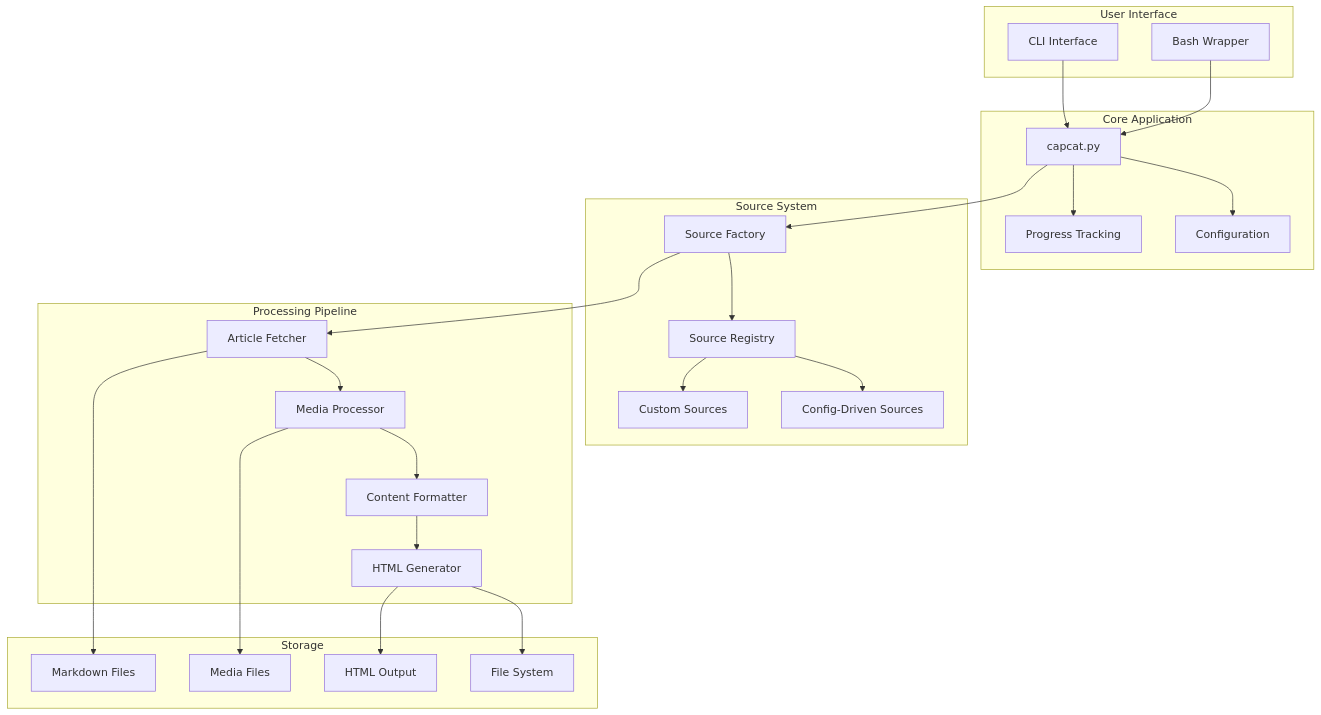
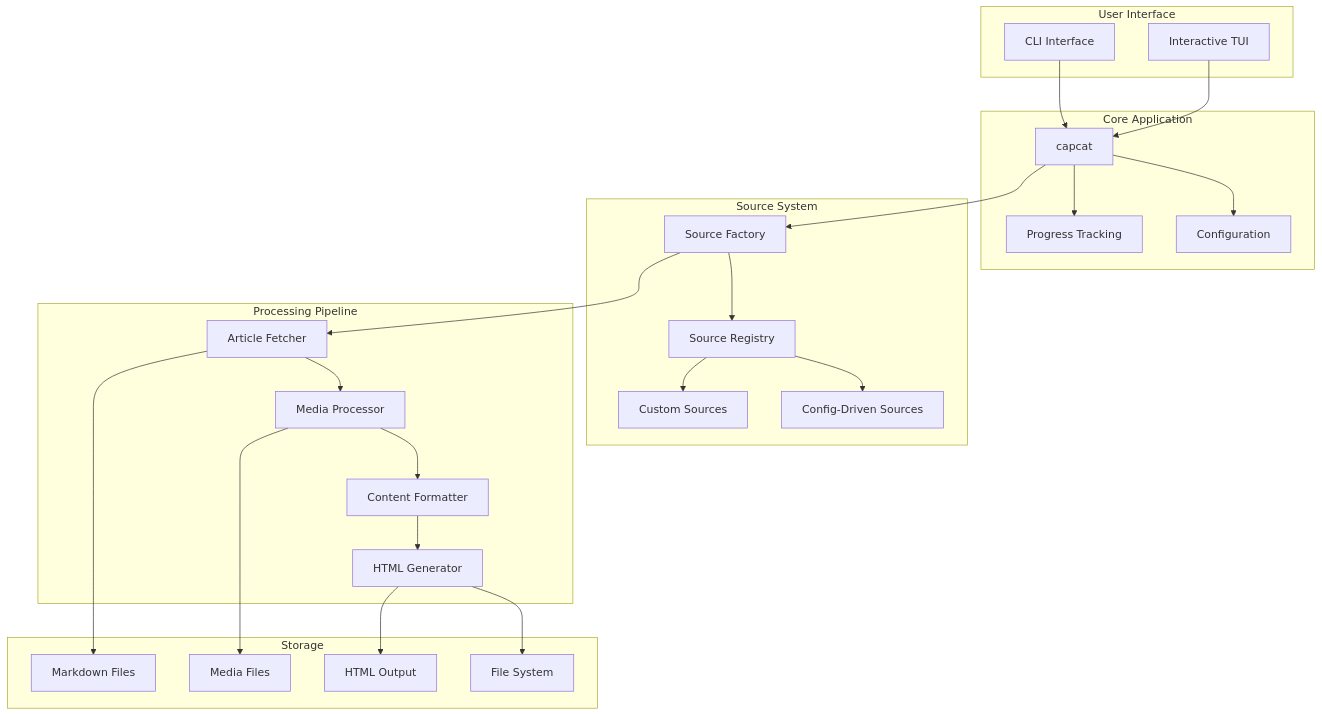
Before and after one commit to stayukasabov/capcat: the diagram in docs/architecture/system.md, drawn with Mermaid. The commit also changed other lines of this file and 4 other files, not shown here.

````diff
--- a/docs/architecture/system.md
+++ b/docs/architecture/system.md
@@ -14,51 +14,51 @@
 ```mermaid
 graph TB
     subgraph "User Interface"
         CLI[CLI Interface]
-        Wrapper[Bash Wrapper]
+        TUI[Interactive TUI]
     end
 
     subgraph "Core Application"
-        Main[capcat.py]
+        Main[capcat]
         Config[Configuration]
         Progress[Progress Tracking]
     end
 
     subgraph "Source System"
         Factory[Source Factory]
         Registry[Source Registry]
         ConfigDriven[Config-Driven Sources]
         Custom[Custom Sources]
     end
 
     subgraph "Processing Pipeline"
         Fetcher[Article Fetcher]
         MediaProc[Media Processor]
         Formatter[Content Formatter]
         HTMLGen[HTML Generator]
     end
 
     subgraph "Storage"
         FileSystem[File System]
         Markdown[Markdown Files]
         Media[Media Files]
         HTML[HTML Output]
     end
 
     CLI --> Main
-    Wrapper --> Main
+    TUI --> Main
     Main --> Config
     Main --> Progress
     Main --> Factory
     Factory --> Registry
     Registry --> ConfigDriven
     Registry --> Custom
     Factory --> Fetcher
     Fetcher --> MediaProc
     MediaProc --> Formatter
     Formatter --> HTMLGen
     HTMLGen --> FileSystem
     Fetcher --> Markdown
     MediaProc --> Media
     HTMLGen --> HTML
 ```
````
